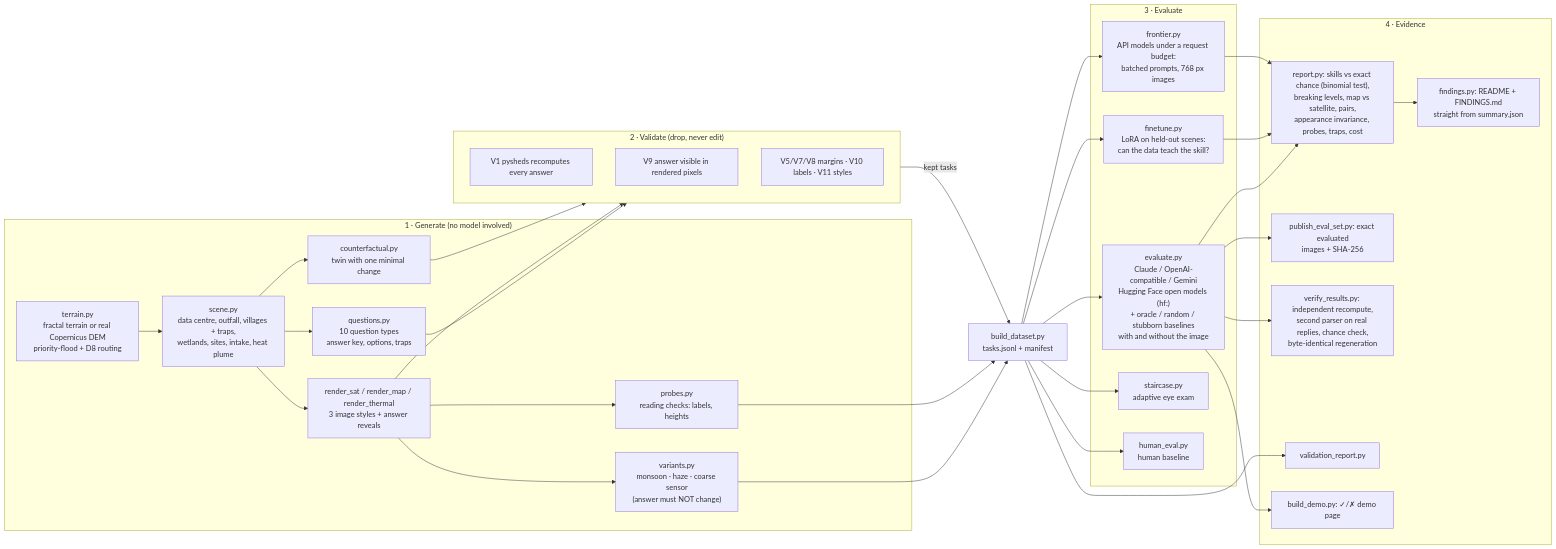
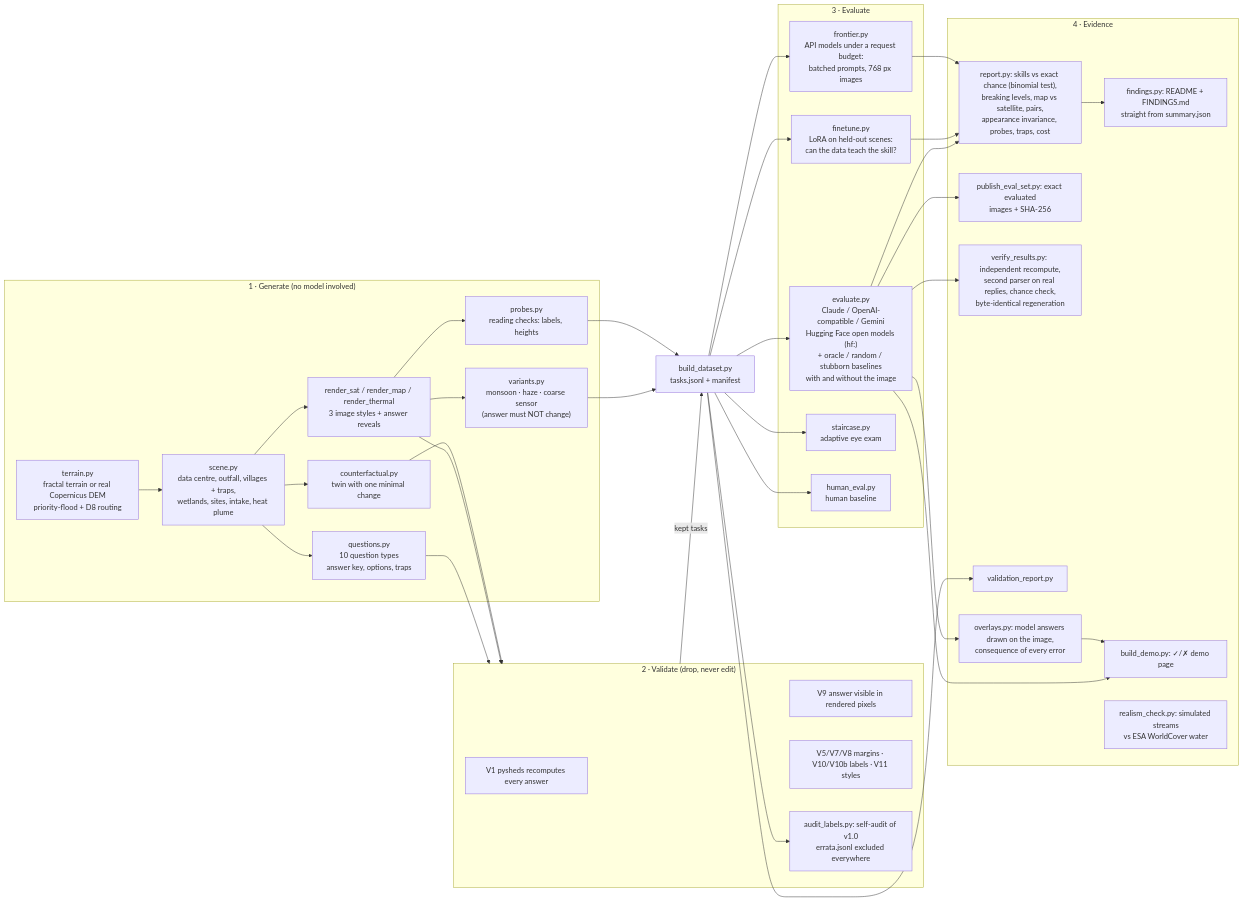
One commit to yugesh1111/THIRSTMAP changed the diagram in docs/ARCHITECTURE.md. Above: the diagram before and after it, drawn with Mermaid. The commit also changed other lines of this file and 293 other files, not shown here.

First line of the commit message:
Self-audit: labels under scale bar/legend (V10b) and a zero-count placement bug; 431 tasks excluded via errata, both fixed for new builds (checks v2), v1.0 still rebuilds byte for byte

````diff
--- a/docs/ARCHITECTURE.md
+++ b/docs/ARCHITECTURE.md
@@ -3,46 +3,51 @@
 ```mermaid
 flowchart LR
   subgraph GEN["1 · Generate (no model involved)"]
     T["terrain.py<br/>fractal terrain or real Copernicus DEM<br/>priority-flood + D8 routing"] --> S["scene.py<br/>data centre, outfall, villages + traps,<br/>wetlands, sites, intake, heat plume"]
     S --> Q["questions.py<br/>10 question types<br/>answer key, options, traps"]
     S --> CF["counterfactual.py<br/>twin with one minimal change"]
     S --> R["render_sat / render_map / render_thermal<br/>3 image styles + answer reveals"]
     R --> AV["variants.py<br/>monsoon · haze · coarse sensor<br/>(answer must NOT change)"]
     R --> PR["probes.py<br/>reading checks: labels, heights"]
   end
   subgraph VAL["2 · Validate (drop, never edit)"]
     V1["V1 pysheds recomputes every answer"]
     V9["V9 answer visible in rendered pixels"]
-    VM["V5/V7/V8 margins · V10 labels · V11 styles"]
+    VM["V5/V7/V8 margins · V10/V10b labels · V11 styles"]
+    AU["audit_labels.py: self-audit of v1.0<br/>errata.jsonl excluded everywhere"]
   end
   subgraph EVAL["3 · Evaluate"]
     E["evaluate.py<br/>Claude / OpenAI-compatible / Gemini<br/>Hugging Face open models (hf:)<br/>+ oracle / random / stubborn baselines<br/>with and without the image"]
     FT["finetune.py<br/>LoRA on held-out scenes:<br/>can the data teach the skill?"]
     FR["frontier.py<br/>API models under a request budget:<br/>batched prompts, 768 px images"]
     ST["staircase.py<br/>adaptive eye exam"]
     H["human_eval.py<br/>human baseline"]
   end
   subgraph OUT["4 · Evidence"]
     REP["report.py: skills vs exact chance (binomial test),<br/>breaking levels, map vs satellite, pairs,<br/>appearance invariance, probes, traps, cost"]
     FI["findings.py: README + FINDINGS.md<br/>straight from summary.json"]
     ES["publish_eval_set.py: exact evaluated<br/>images + SHA-256"]
     VER["verify_results.py: independent recompute,<br/>second parser on real replies, chance check,<br/>byte-identical regeneration"]
     VR["validation_report.py"]
     D["build_demo.py: ✓/✗ demo page"]
+    OV["overlays.py: model answers drawn on the image,<br/>consequence of every error"]
+    RC["realism_check.py: simulated streams<br/>vs ESA WorldCover water"]
   end
   Q --> VAL
   R --> VAL
   CF --> VAL
   VAL -->|kept tasks| B["build_dataset.py<br/>tasks.jsonl + manifest"]
   AV --> B
   PR --> B
   B --> E --> REP --> FI
   E --> ES
   B --> FT --> REP
   B --> FR --> REP
   B --> ST
   B --> H
   E --> D
+  E --> OV --> D
+  B --> AU
   E --> VER
   B --> VR
 ```
````
